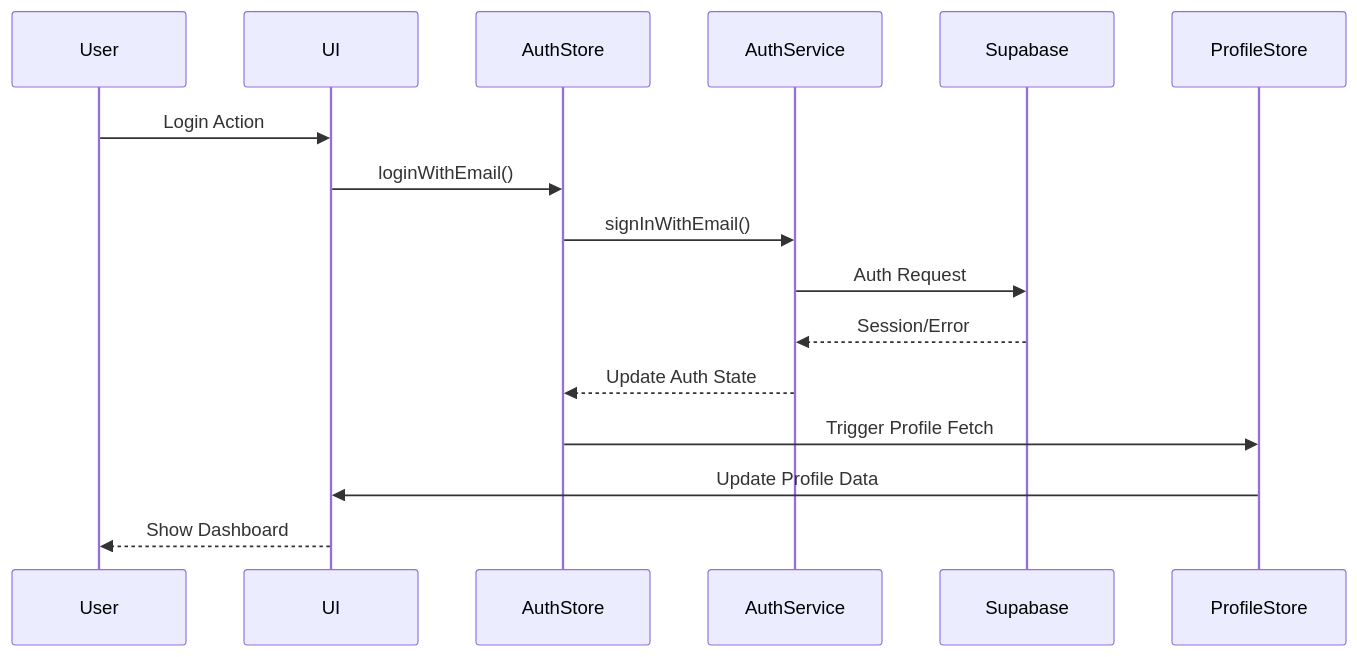
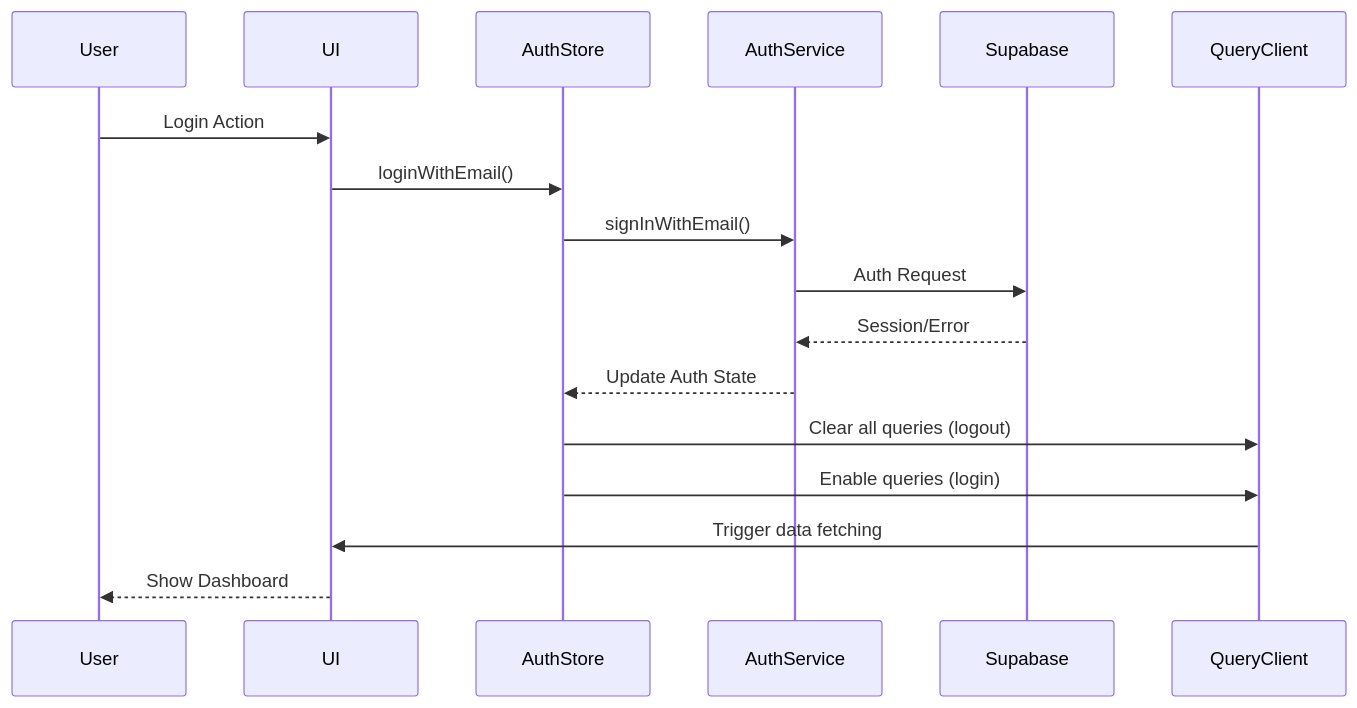
Before and after one commit to arthlor/Yeser: the fourth of 6 diagrams in docs/02-architecture.md, drawn with Mermaid. The commit also changed other lines of this file and 233 other files, not shown here.

````diff
--- a/docs/02-architecture.md
+++ b/docs/02-architecture.md
@@ -129,19 +432,20 @@
 ```mermaid
 sequenceDiagram
     participant User
     participant UI
     participant AuthStore
     participant AuthService
     participant Supabase
-    participant ProfileStore
+    participant QueryClient
 
     User->>UI: Login Action
     UI->>AuthStore: loginWithEmail()
     AuthStore->>AuthService: signInWithEmail()
     AuthService->>Supabase: Auth Request
     Supabase-->>AuthService: Session/Error
     AuthService-->>AuthStore: Update Auth State
-    AuthStore->>ProfileStore: Trigger Profile Fetch
-    ProfileStore->>UI: Update Profile Data
+    AuthStore->>QueryClient: Clear all queries (logout)
+    AuthStore->>QueryClient: Enable queries (login)
+    QueryClient->>UI: Trigger data fetching
     UI-->>User: Show Dashboard
 ```
````
